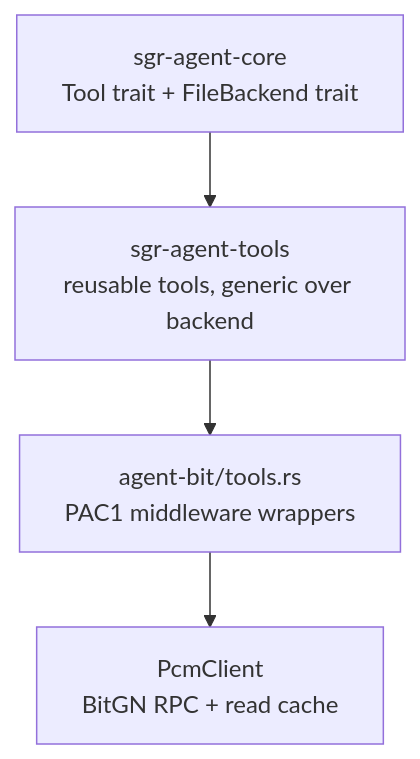
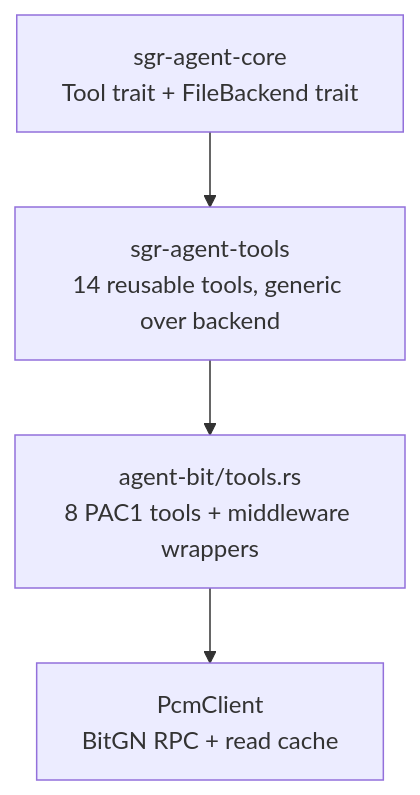
The fourth of 6 diagrams in src/content/posts/pac1-competition-retrospective.md (fortunto2/rustman-blog), drawn with Mermaid before and after one commit. The commit also changed other lines of this file, not shown here.

````diff
--- a/src/content/posts/pac1-competition-retrospective.md
+++ b/src/content/posts/pac1-competition-retrospective.md
@@ -147,14 +147,14 @@
 ```mermaid
 flowchart TD
     CORE["sgr-agent-core\nTool trait + FileBackend trait"]
-    TOOLS["sgr-agent-tools\nreusable tools, generic over backend"]
-    MW["agent-bit/tools.rs\nPAC1 middleware wrappers"]
+    TOOLS["sgr-agent-tools\n14 reusable tools, generic over backend"]
+    MW["agent-bit/tools.rs\n8 PAC1 tools + middleware wrappers"]
     PCM["PcmClient\nBitGN RPC + read cache"]
 
     CORE --> TOOLS --> MW --> PCM
 
     click CORE "https://github.com/fortunto2/rust-code/tree/master/crates/sgr-agent-core"
     click TOOLS "https://github.com/fortunto2/rust-code/tree/master/crates/sgr-agent-tools"
     click MW "https://github.com/fortunto2/agent-bit/blob/main/src/tools.rs"
     click PCM "https://github.com/fortunto2/agent-bit/blob/main/src/pcm.rs"
 ```
````
